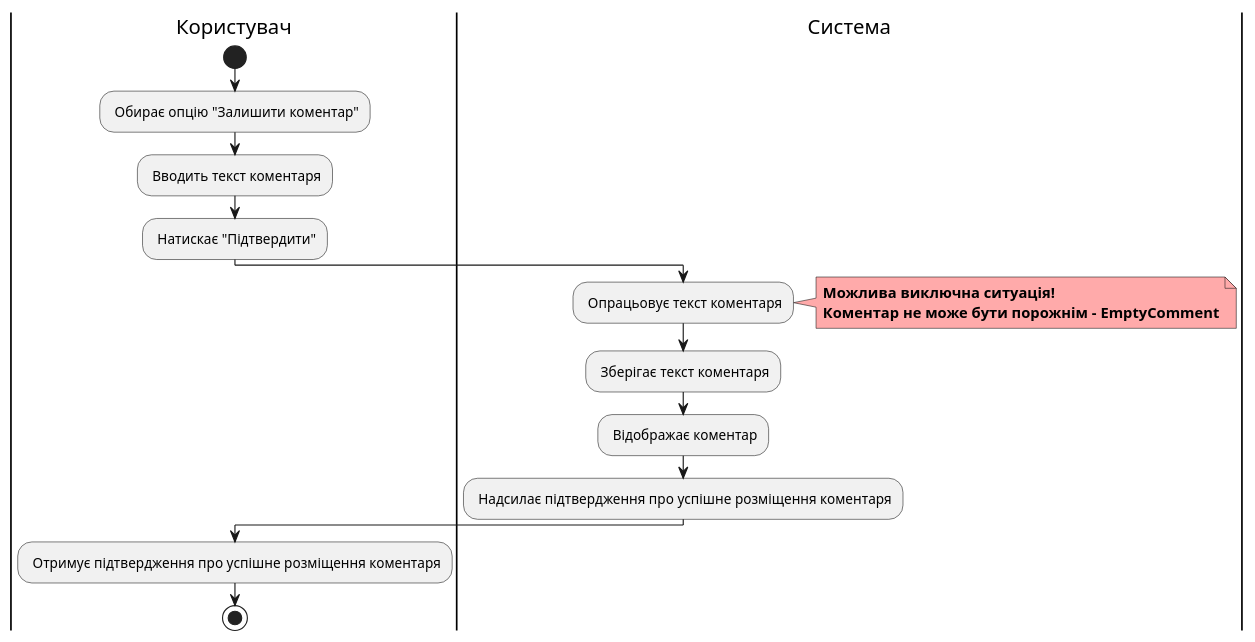
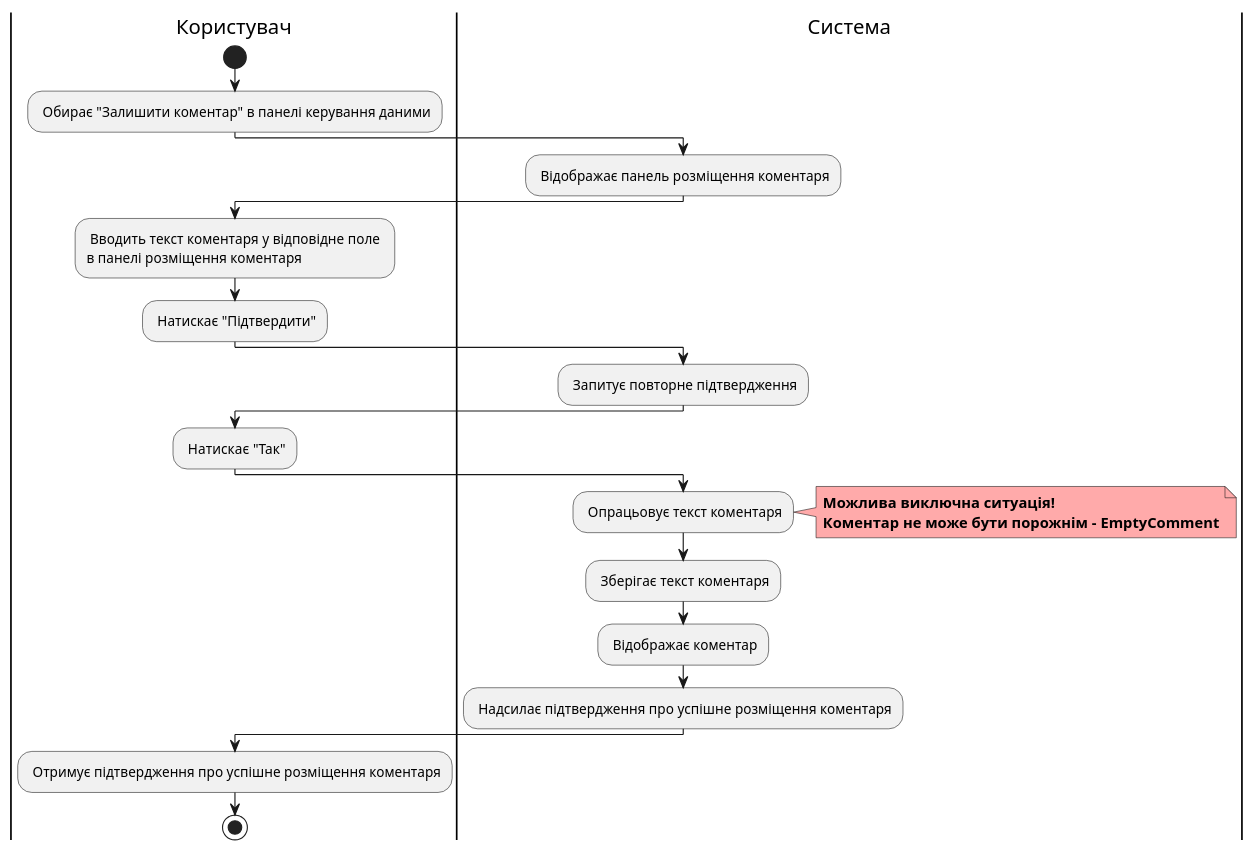
One commit to watashone/db-labs changed the tenth of 19 diagrams in docs/use cases/README.md. Above: the diagram before and after it, drawn with PlantUML. The commit also changed other lines of this file, not shown here.

```diff
--- a/docs/use cases/README.md
+++ b/docs/use cases/README.md
@@ -313,21 +333,28 @@
 @startuml
 
     |Користувач|
         start
-        : Обирає опцію "Залишити коментар";
-        : Вводить текст коментаря;
+        : Обирає "Залишити коментар" в панелі керування даними;
+    |Система|
+        : Відображає панель розміщення коментаря;
+    |Користувач|
+        : Вводить текст коментаря у відповідне поле \nв панелі розміщення коментаря;
         : Натискає "Підтвердити";
+    |Система|
+        : Запитує повторне підтвердження;
+    |Користувач|
+        : Натискає "Так";
     |Система|
         : Опрацьовує текст коментаря;
         note right #ffaaaa
         <b>Можлива виключна ситуація!</b>
         <b>Коментар не може бути порожнім - EmptyComment</b>
         end note
         : Зберігає текст коментаря;
         : Відображає коментар;
         : Надсилає підтвердження про успішне розміщення коментаря;
     |Користувач|
         : Отримує підтвердження про успішне розміщення коментаря;
         stop
         
 @enduml
```
